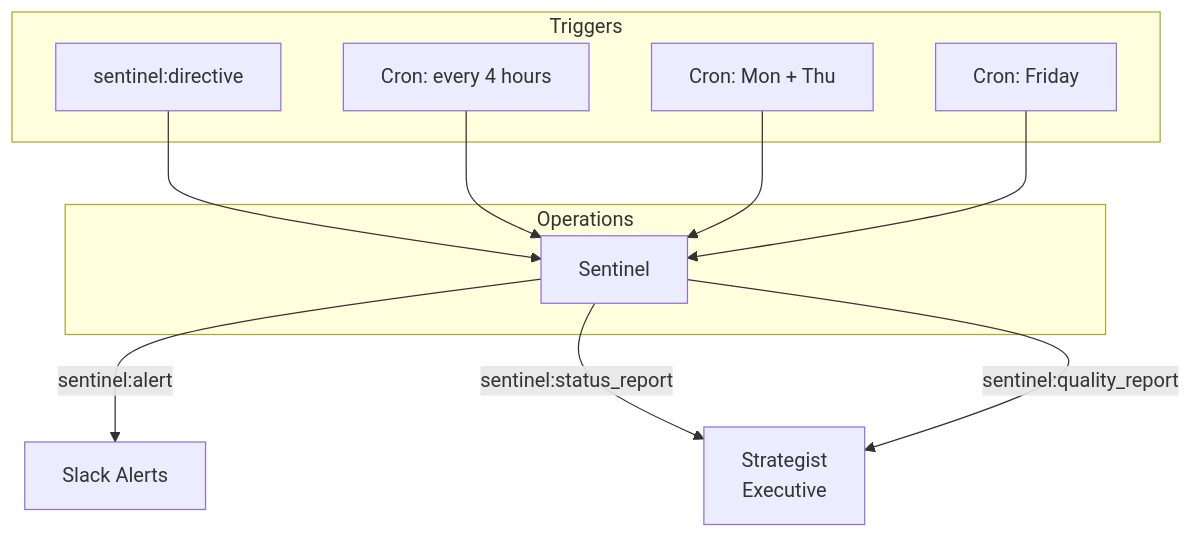
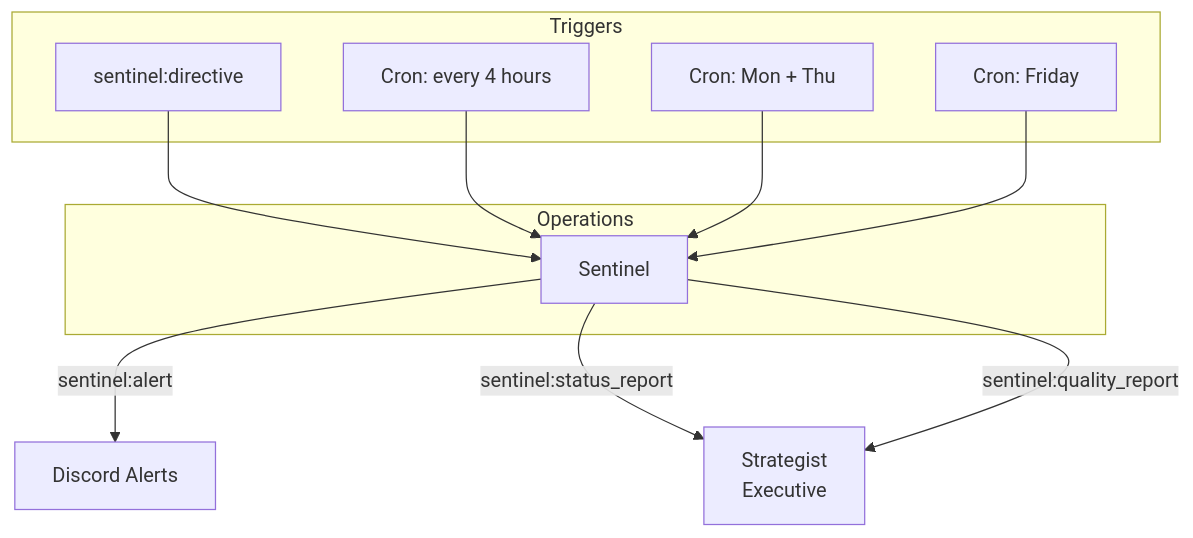
The diagram in departments/operations/README.md (YClawAI/YClaw), drawn with Mermaid before and after one commit. The commit also changed other lines of this file and 5 other files, not shown here.

````diff
--- a/departments/operations/README.md
+++ b/departments/operations/README.md
@@ -14,22 +14,22 @@
 ```mermaid
 flowchart TD
     subgraph Triggers
         DIRECTIVE[sentinel:directive]
         CRON_HEALTH[Cron: every 4 hours]
         CRON_QUALITY[Cron: Mon + Thu]
         CRON_DIGEST[Cron: Friday]
     end
 
     subgraph Operations
         SENTINEL[Sentinel]
     end
 
     DIRECTIVE --> SENTINEL
     CRON_HEALTH --> SENTINEL
     CRON_QUALITY --> SENTINEL
     CRON_DIGEST --> SENTINEL
 
-    SENTINEL -- sentinel:alert --> SLACK[Slack Alerts]
+    SENTINEL -- sentinel:alert --> DISCORD[Discord Alerts]
     SENTINEL -- sentinel:status_report --> STRATEGIST[Strategist<br/>Executive]
     SENTINEL -- sentinel:quality_report --> STRATEGIST
 ```
````
